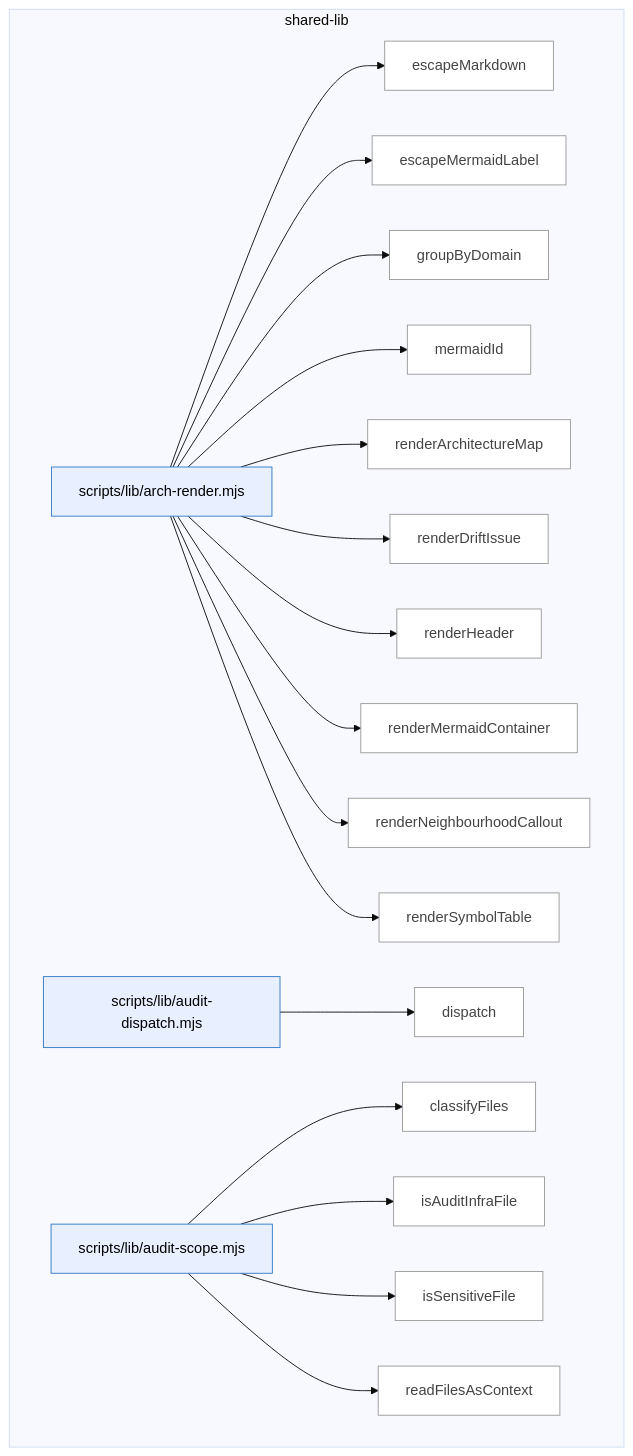
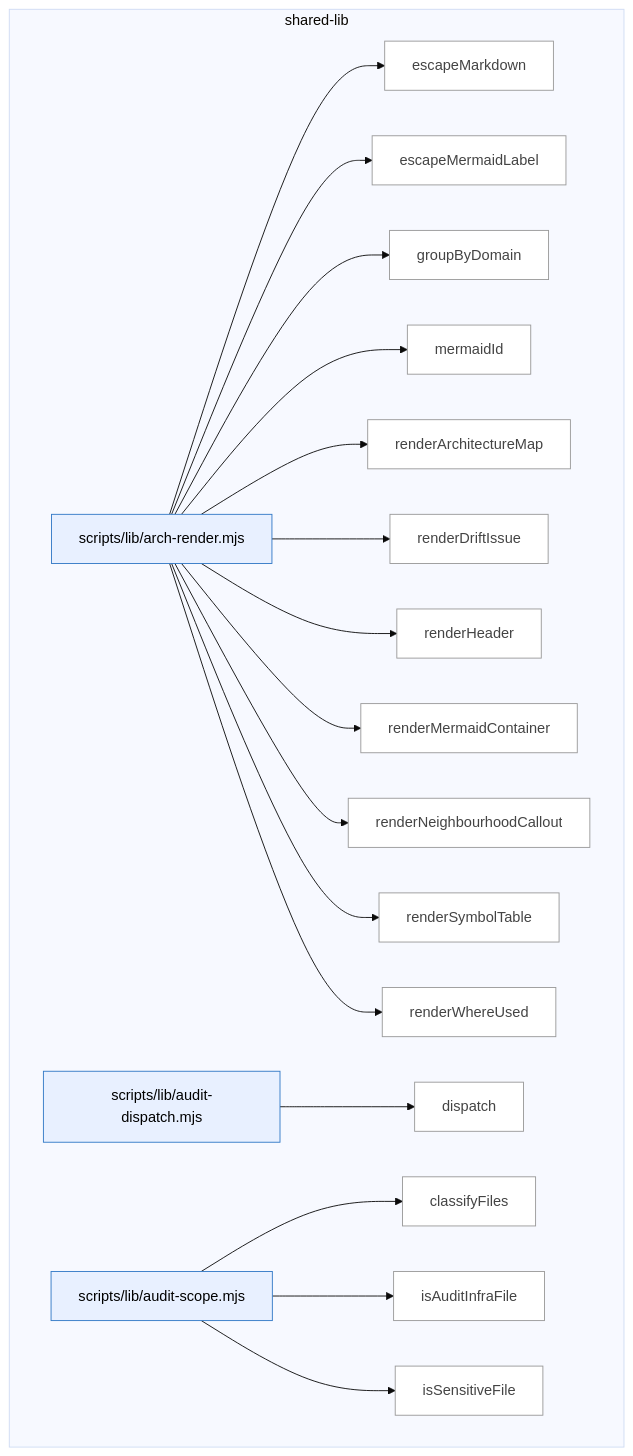
One commit to Lbstrydom/claude-audit-loop changed diagram 13 of 16 in docs/architecture-map.md. Above: the diagram before and after it, drawn with Mermaid (base theme). The commit also changed other lines of this file and 21 other files, not shown here.

First line of the commit message:
feat(arch-memory): comprehensive planning anchor — domain context end-to-end

````diff
--- a/docs/architecture-map.md
+++ b/docs/architecture-map.md
@@ -1265,43 +1264,43 @@
 ```mermaid
 flowchart TB
 subgraph dom_shared_lib ["shared-lib"]
   file_scripts_lib_arch_render_mjs["scripts/lib/arch-render.mjs"]:::component
   sym_scripts_lib_arch_render_mjs_escapeMarkdo["escapeMarkdown"]:::symbol
   file_scripts_lib_arch_render_mjs --> sym_scripts_lib_arch_render_mjs_escapeMarkdo
   sym_scripts_lib_arch_render_mjs_escapeMermai["escapeMermaidLabel"]:::symbol
   file_scripts_lib_arch_render_mjs --> sym_scripts_lib_arch_render_mjs_escapeMermai
   sym_scripts_lib_arch_render_mjs_groupByDomai["groupByDomain"]:::symbol
   file_scripts_lib_arch_render_mjs --> sym_scripts_lib_arch_render_mjs_groupByDomai
   sym_scripts_lib_arch_render_mjs_mermaidId["mermaidId"]:::symbol
   file_scripts_lib_arch_render_mjs --> sym_scripts_lib_arch_render_mjs_mermaidId
   sym_scripts_lib_arch_render_mjs_renderArchit["renderArchitectureMap"]:::symbol
   file_scripts_lib_arch_render_mjs --> sym_scripts_lib_arch_render_mjs_renderArchit
   sym_scripts_lib_arch_render_mjs_renderDriftI["renderDriftIssue"]:::symbol
   file_scripts_lib_arch_render_mjs --> sym_scripts_lib_arch_render_mjs_renderDriftI
   sym_scripts_lib_arch_render_mjs_renderHeader["renderHeader"]:::symbol
   file_scripts_lib_arch_render_mjs --> sym_scripts_lib_arch_render_mjs_renderHeader
   sym_scripts_lib_arch_render_mjs_renderMermai["renderMermaidContainer"]:::symbol
   file_scripts_lib_arch_render_mjs --> sym_scripts_lib_arch_render_mjs_renderMermai
   sym_scripts_lib_arch_render_mjs_renderNeighb["renderNeighbourhoodCallout"]:::symbol
   file_scripts_lib_arch_render_mjs --> sym_scripts_lib_arch_render_mjs_renderNeighb
   sym_scripts_lib_arch_render_mjs_renderSymbol["renderSymbolTable"]:::symbol
   file_scripts_lib_arch_render_mjs --> sym_scripts_lib_arch_render_mjs_renderSymbol
+  sym_scripts_lib_arch_render_mjs_renderWhereU["renderWhereUsed"]:::symbol
+  file_scripts_lib_arch_render_mjs --> sym_scripts_lib_arch_render_mjs_renderWhereU
   file_scripts_lib_audit_dispatch_mjs["scripts/lib/audit-dispatch.mjs"]:::component
   sym_scripts_lib_audit_dispatch_mjs_dispatch["dispatch"]:::symbol
   file_scripts_lib_audit_dispatch_mjs --> sym_scripts_lib_audit_dispatch_mjs_dispatch
   file_scripts_lib_audit_scope_mjs["scripts/lib/audit-scope.mjs"]:::component
   sym_scripts_lib_audit_scope_mjs_classifyFile["classifyFiles"]:::symbol
   file_scripts_lib_audit_scope_mjs --> sym_scripts_lib_audit_scope_mjs_classifyFile
   sym_scripts_lib_audit_scope_mjs_isAuditInfra["isAuditInfraFile"]:::symbol
   file_scripts_lib_audit_scope_mjs --> sym_scripts_lib_audit_scope_mjs_isAuditInfra
   sym_scripts_lib_audit_scope_mjs_isSensitiveF["isSensitiveFile"]:::symbol
   file_scripts_lib_audit_scope_mjs --> sym_scripts_lib_audit_scope_mjs_isSensitiveF
-  sym_scripts_lib_audit_scope_mjs_readFilesAsC["readFilesAsContext"]:::symbol
-  file_scripts_lib_audit_scope_mjs --> sym_scripts_lib_audit_scope_mjs_readFilesAsC
 end
 classDef container fill:#f5f5f5,stroke:#333,stroke-width:2px,color:#000
 classDef component fill:#e8f0ff,stroke:#3178c6,color:#000
 classDef symbol fill:#fff,stroke:#999,color:#444
 classDef dup fill:#ffe8d8,stroke:#c0392b,stroke-width:2px,color:#000
 classDef violation fill:#ffd6d6,stroke:#c0392b,stroke-width:2px,color:#000
 ```
````
